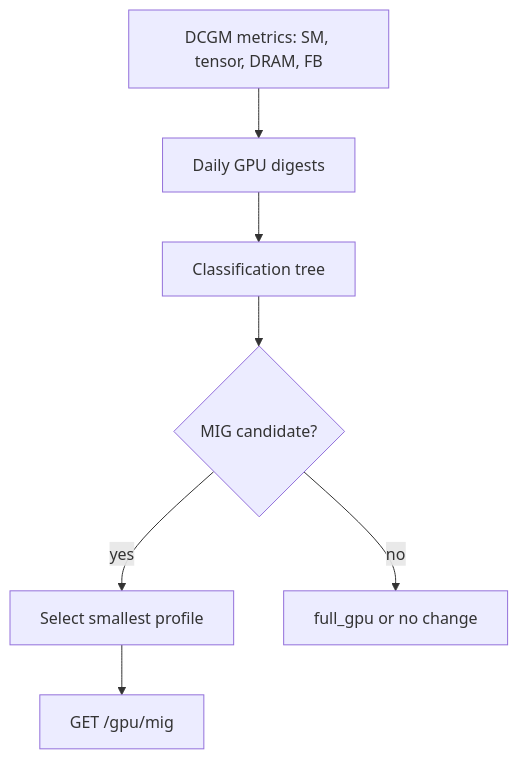
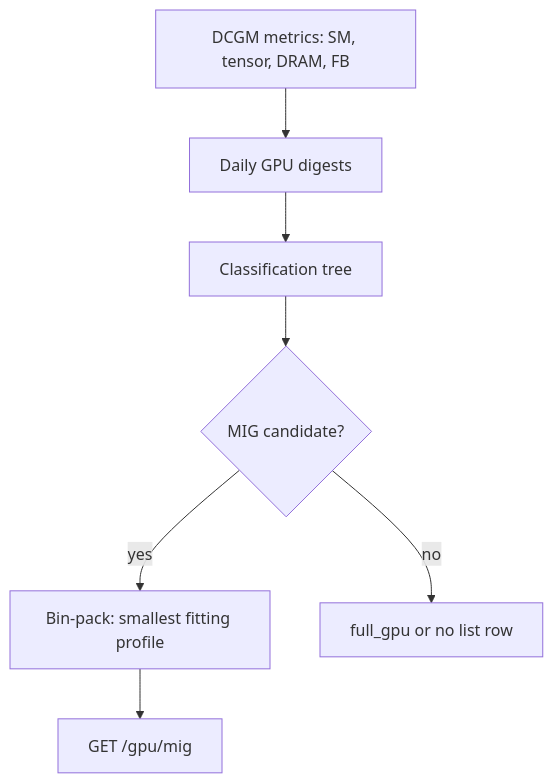
One commit to pgarciaq/ros-ocp-backend changed the diagram in docs-site/features/gpu-mig.md. Above: the diagram before and after it, drawn with Mermaid. The commit also changed other lines of this file and 5 other files, not shown here.

First line of the commit message:
Align GPU MIG list API with filters, docs, and OpenAPI

````diff
--- a/docs-site/features/gpu-mig.md
+++ b/docs-site/features/gpu-mig.md
@@ -21,9 +42,9 @@
 ```mermaid
 flowchart TD
   DCGM[DCGM metrics: SM, tensor, DRAM, FB] --> Daily[Daily GPU digests]
   Daily --> Class[Classification tree]
   Class --> MIG{MIG candidate?}
-  MIG -->|yes| Profile[Select smallest profile]
-  MIG -->|no| Full[full_gpu or no change]
+  MIG -->|yes| Profile[Bin-pack: smallest fitting profile]
+  MIG -->|no| Full[full_gpu or no list row]
   Profile --> API[GET /gpu/mig]
 ```
````
